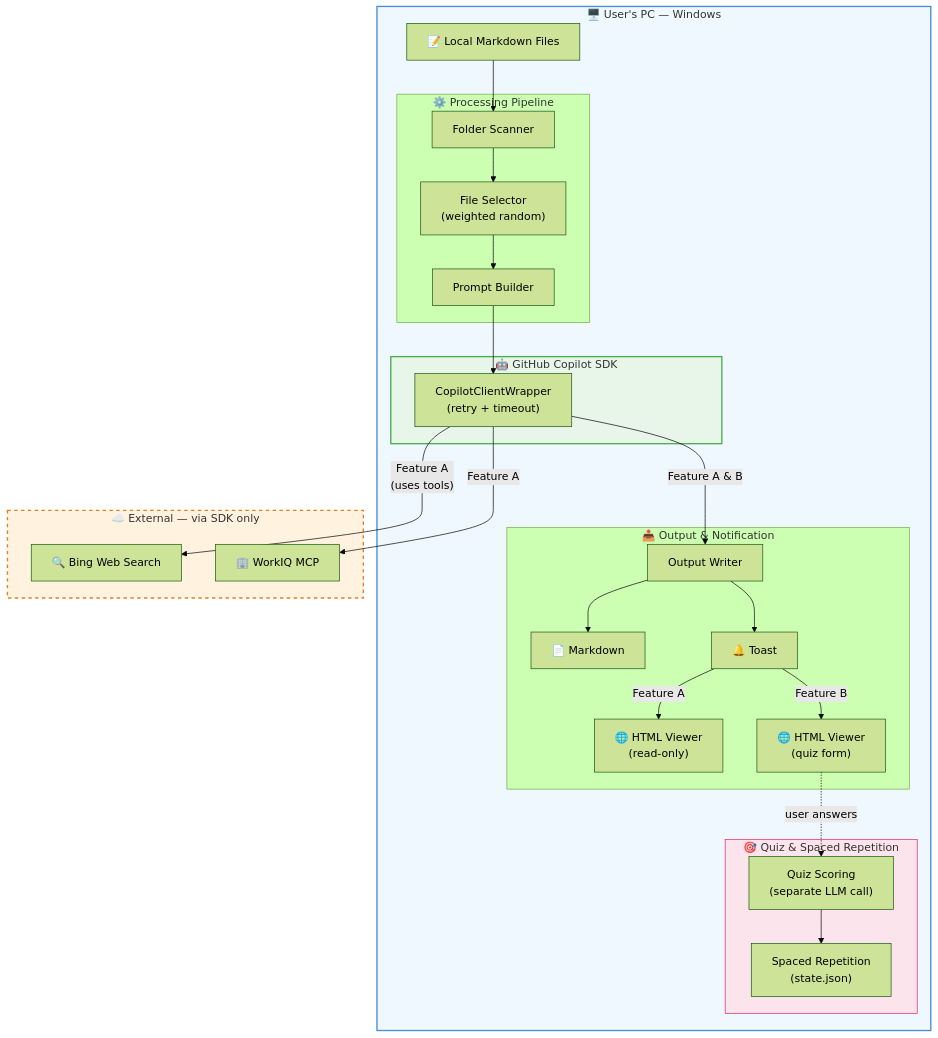
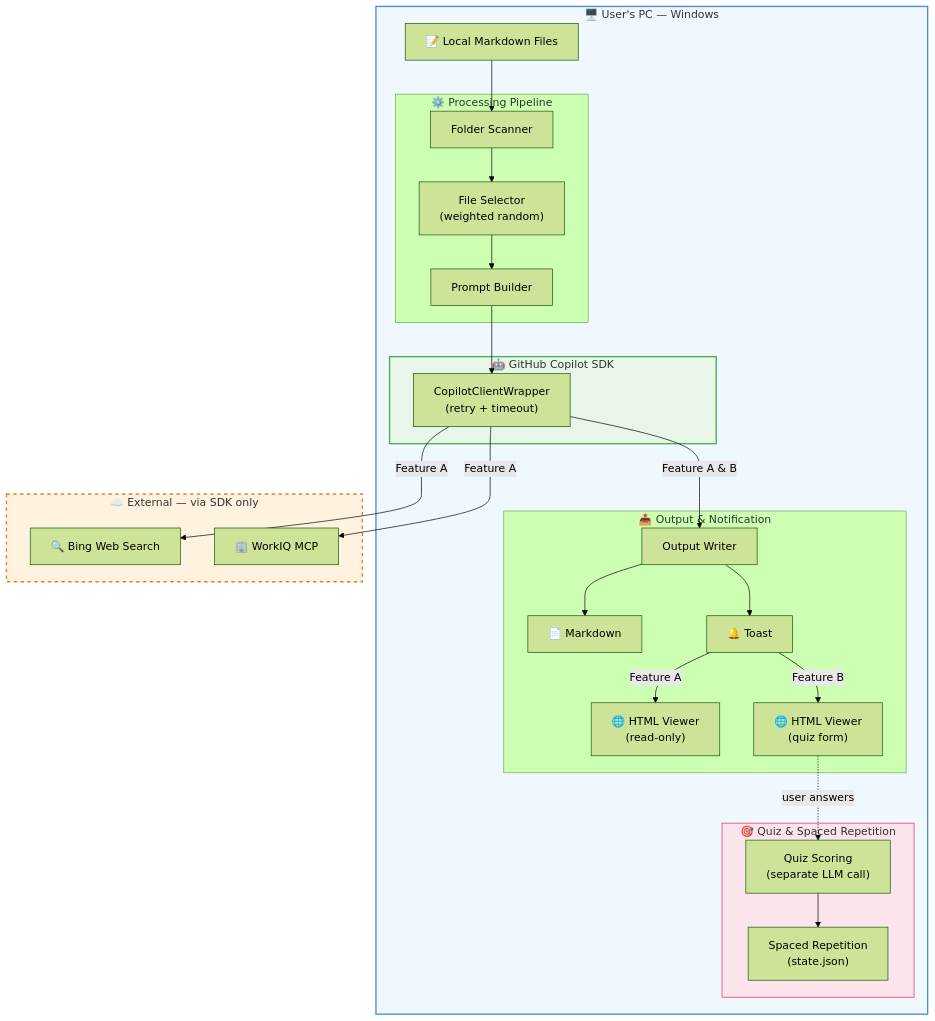
Before and after one commit to shitada/ghcpsdknotify: the first of 2 diagrams in README.md, drawn with Mermaid (forest theme). The commit also changed other lines of this file, not shown here.

Commit message:
Unify Feature A labels in architecture diagrams

````diff
--- a/README.md
+++ b/README.md
@@ -20,52 +20,52 @@
 ```mermaid
 flowchart TB
     subgraph LOCAL_ENV ["🖥️ User's PC — Windows"]
         MD["📝 Local Markdown Files"]
 
         subgraph PIPELINE ["⚙️ Processing Pipeline"]
             FS["Folder Scanner"]
             SEL["File Selector\n(weighted random)"]
             PB["Prompt Builder"]
             FS --> SEL --> PB
         end
 
         subgraph SDK_LAYER ["🤖 GitHub Copilot SDK"]
             CLIENT["CopilotClientWrapper\n(retry + timeout)"]
         end
 
         subgraph OUTPUT ["📤 Output & Notification"]
             OW["Output Writer"]
             MDF["📄 Markdown"]
             TOAST["🔔 Toast"]
             VIEWER_A["🌐 HTML Viewer\n(read-only)"]
             VIEWER_B["🌐 HTML Viewer\n(quiz form)"]
             OW --> MDF
             OW --> TOAST
             TOAST -- "Feature A" --> VIEWER_A
             TOAST -- "Feature B" --> VIEWER_B
         end
 
         subgraph QUIZ ["🎯 Quiz & Spaced Repetition"]
             SCORE["Quiz Scoring\n(separate LLM call)"]
             SR["Spaced Repetition\n(state.json)"]
             SCORE --> SR
         end
     end
 
     subgraph EXTERNAL ["☁️ External — via SDK only"]
         BING["🔍 Bing Web Search"]
         MCP["🏢 WorkIQ MCP"]
     end
 
     MD --> FS
     PB --> CLIENT
-    CLIENT -- "Feature A\n(uses tools)" --> BING
+    CLIENT -- "Feature A" --> BING
     CLIENT -- "Feature A" --> MCP
     CLIENT -- "Feature A & B" --> OW
     VIEWER_B -. "user answers" .-> SCORE
 
     style LOCAL_ENV fill:#f0f8ff,stroke:#4a90d9,stroke-width:2px
     style EXTERNAL fill:#fff3e0,stroke:#e67e22,stroke-width:2px,stroke-dasharray:5
     style SDK_LAYER fill:#e8f5e9,stroke:#4caf50,stroke-width:2px
     style QUIZ fill:#fce4ec,stroke:#e91e63,stroke-width:1px
 ```
````
